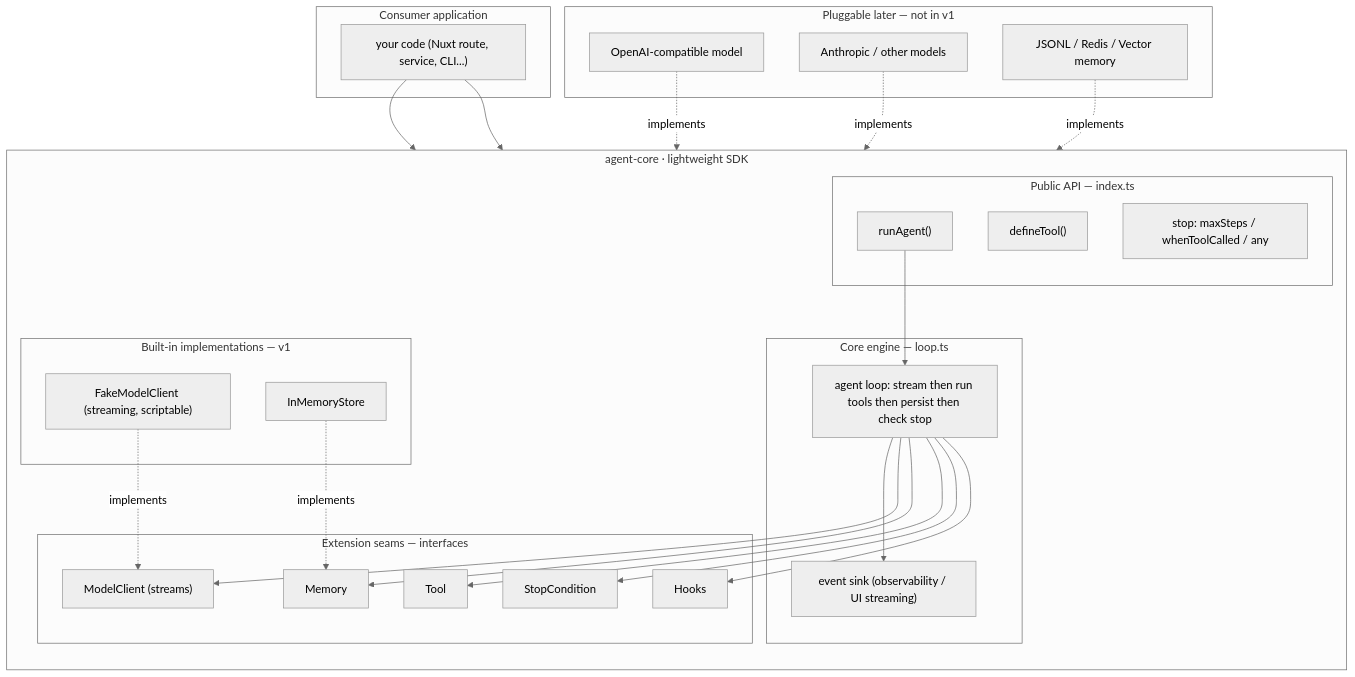
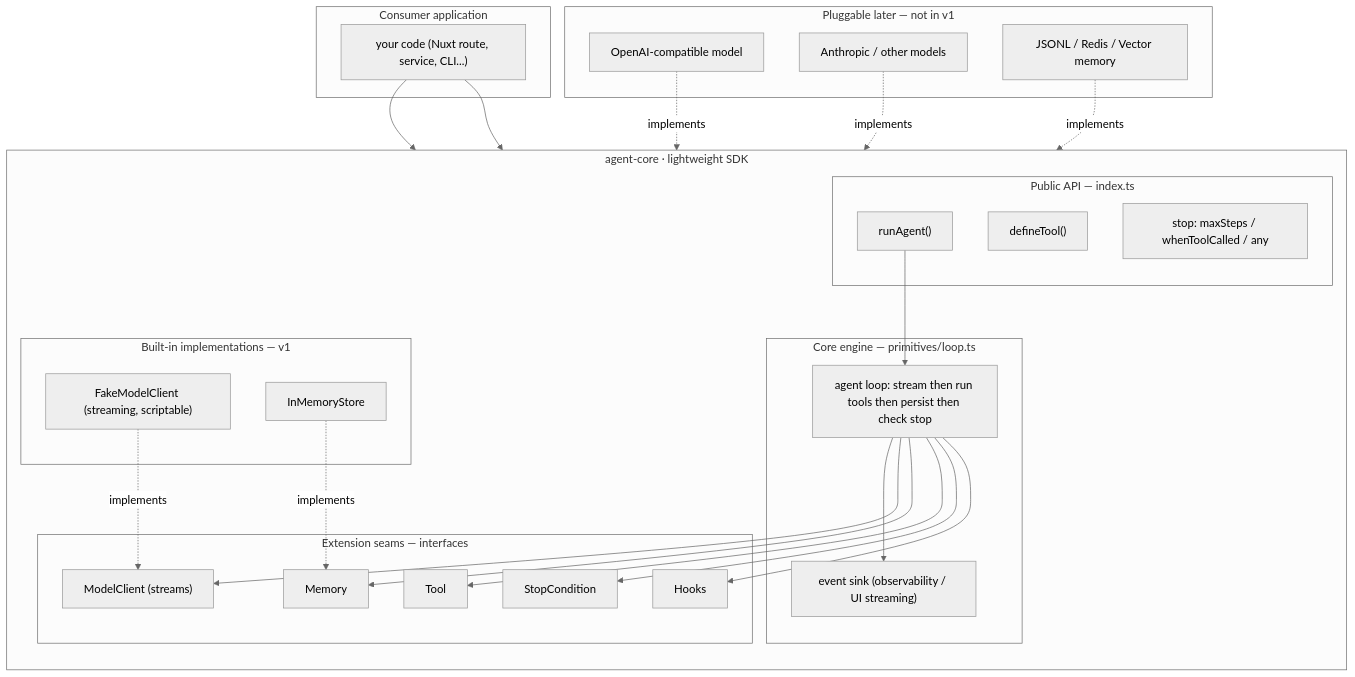
One commit to featherless-ai/open-agent-loops changed the first of 4 diagrams in agent-core/docs/architecture.md. Above: the diagram before and after it, drawn with Mermaid (neutral theme). The commit also changed 21 other files, not shown here.

````diff
--- a/agent-core/docs/architecture.md
+++ b/agent-core/docs/architecture.md
@@ -14,56 +14,56 @@
 ```mermaid
 flowchart TB
     subgraph Consumer["Consumer application"]
         APP["your code (Nuxt route, service, CLI...)"]
     end
 
     subgraph SDK["agent-core · lightweight SDK"]
         direction TB
 
         subgraph API["Public API — index.ts"]
             RUN["runAgent()"]
             DEF["defineTool()"]
             STOPS["stop: maxSteps / whenToolCalled / any"]
         end
 
-        subgraph CORE["Core engine — loop.ts"]
+        subgraph CORE["Core engine — primitives/loop.ts"]
             LOOP["agent loop: stream then run tools then persist then check stop"]
             EVT["event sink (observability / UI streaming)"]
         end
 
         subgraph SEAMS["Extension seams — interfaces"]
             MC["ModelClient (streams)"]
             MEM["Memory"]
             TOOL["Tool"]
             STOP["StopCondition"]
             HOOK["Hooks"]
         end
 
         subgraph BUILTIN["Built-in implementations — v1"]
             FAKE["FakeModelClient (streaming, scriptable)"]
             INMEM["InMemoryStore"]
         end
     end
 
     subgraph PLUG["Pluggable later — not in v1"]
         OAI["OpenAI-compatible model"]
         ANTH["Anthropic / other models"]
         DUR["JSONL / Redis / Vector memory"]
     end
 
     APP --> RUN
     APP --> DEF
     RUN --> LOOP
     LOOP --> EVT
     LOOP --> MC
     LOOP --> MEM
     LOOP --> TOOL
     LOOP --> STOP
     LOOP --> HOOK
 
     FAKE -. implements .-> MC
     INMEM -. implements .-> MEM
     OAI -. implements .-> MC
     ANTH -. implements .-> MC
     DUR -. implements .-> MEM
 ```
````
